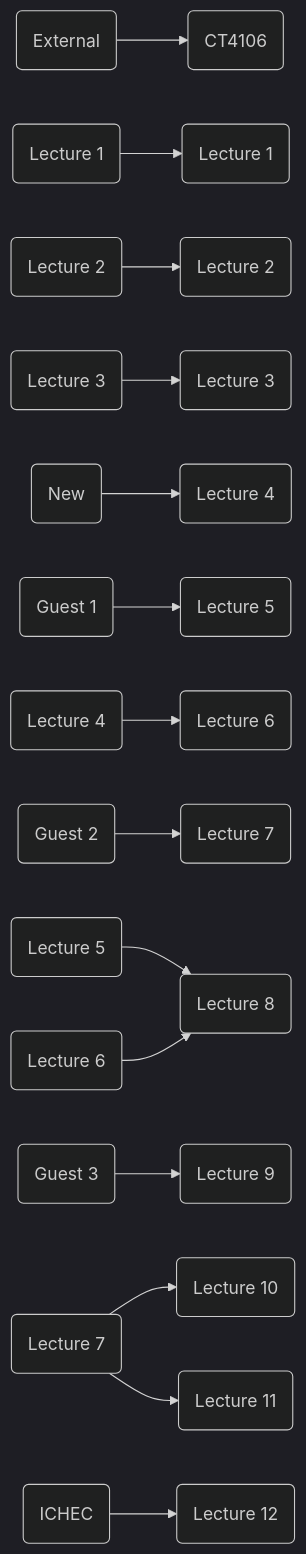
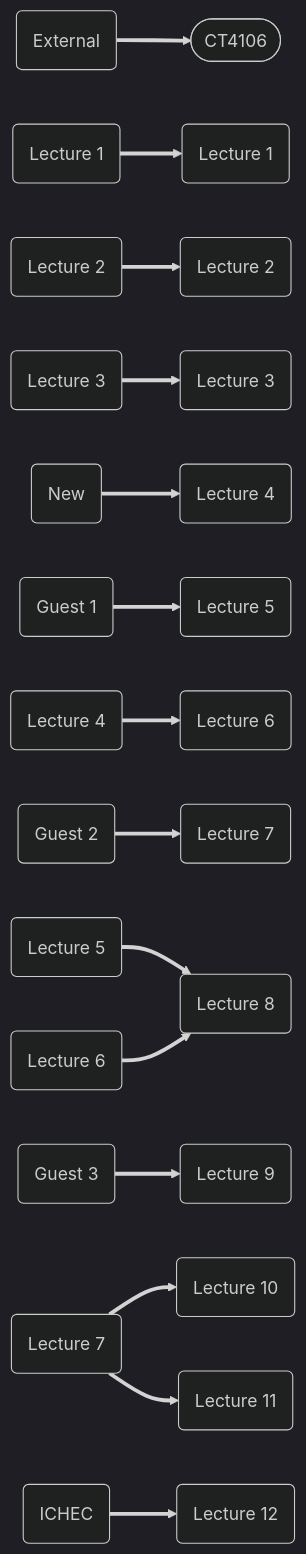
The diagram in README.md (ICHEC/qpcc), drawn with Mermaid (dark theme) before and after one commit.

Commit message:
minor change in graph style

````diff
--- a/README.md
+++ b/README.md
@@ -6,15 +6,15 @@
 ```mermaid
 graph LR
-Old("External") --> New("CT4106")
-1o(Lecture 1) --> 1n(Lecture 1)
-2o(Lecture 2) --> 2n(Lecture 2) 
-3o(Lecture 3) --> 3n(Lecture 3)
-new1("New") --> 4n(Lecture 4)
-new2("Guest 1") --> 5n(Lecture 5)
-4o(Lecture 4) --> 6n(Lecture 6)
-new3("Guest 2") --> 7n(Lecture 7)
-5o(Lecture 5) & 6o(Lecture 6) --> 8n(Lecture 8)
-new4("Guest 3") --> 9n(Lecture 9)
-7o(Lecture 7) --> 10n(Lecture 10) & 11n(Lecture 11)
-new5("ICHEC") --> 12n(Lecture 12)
+Old("External") ==> New(["CT4106"])
+1o(Lecture 1) ==> 1n(Lecture 1)
+2o(Lecture 2) ==> 2n(Lecture 2) 
+3o(Lecture 3) ==> 3n(Lecture 3)
+new1("New") ==> 4n(Lecture 4)
+new2("Guest 1") ==> 5n(Lecture 5)
+4o(Lecture 4) ==> 6n(Lecture 6)
+new3("Guest 2") ==> 7n(Lecture 7)
+5o(Lecture 5) & 6o(Lecture 6) ==> 8n(Lecture 8)
+new4("Guest 3") ==> 9n(Lecture 9)
+7o(Lecture 7) ==> 10n(Lecture 10) & 11n(Lecture 11)
+new5("ICHEC") ==> 12n(Lecture 12)
 ```
````
